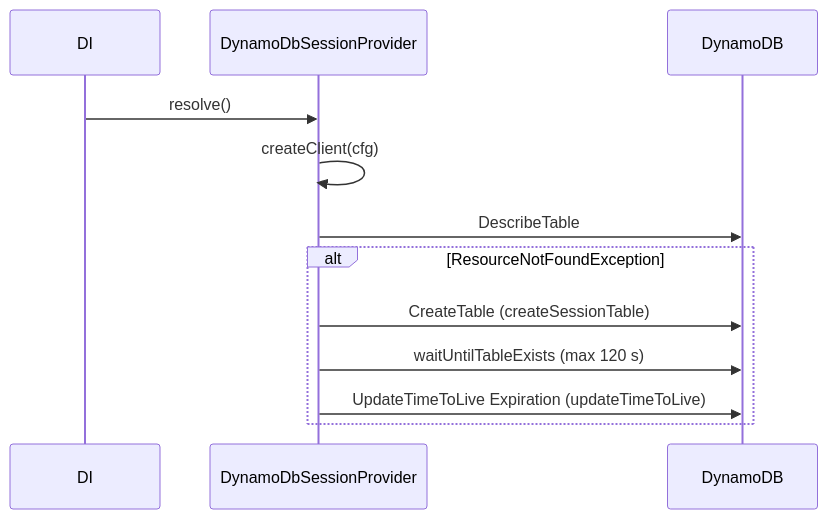
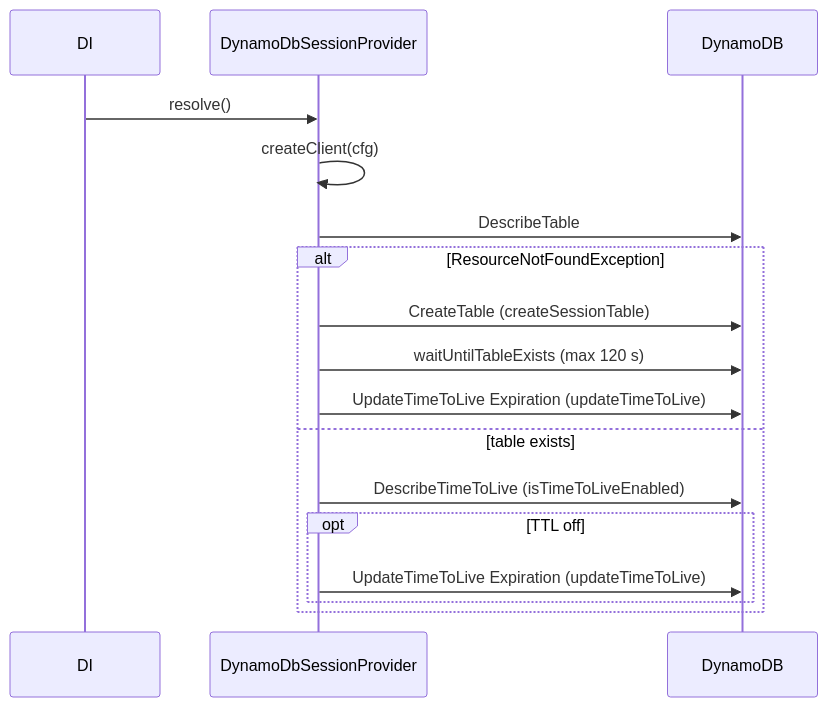
One commit to spinajs/main changed the diagram in docs/session-provider-dynamodb/02-client-and-table-provisioning.md. Above: the diagram before and after it, drawn with Mermaid. The commit also changed other lines of this file and 4095 other files, not shown here.

````diff
--- a/docs/session-provider-dynamodb/02-client-and-table-provisioning.md
+++ b/docs/session-provider-dynamodb/02-client-and-table-provisioning.md
@@ -20,14 +21,19 @@
 ```mermaid
 sequenceDiagram
   participant DI
   participant Store as DynamoDbSessionProvider
   participant DDB as DynamoDB
   DI->>Store: resolve()
   Store->>Store: createClient(cfg)
   Store->>DDB: DescribeTable
   alt ResourceNotFoundException
     Store->>DDB: CreateTable (createSessionTable)
     Store->>DDB: waitUntilTableExists (max 120 s)
     Store->>DDB: UpdateTimeToLive Expiration (updateTimeToLive)
+  else table exists
+    Store->>DDB: DescribeTimeToLive (isTimeToLiveEnabled)
+    opt TTL off
+      Store->>DDB: UpdateTimeToLive Expiration (updateTimeToLive)
+    end
   end
 ```
````
